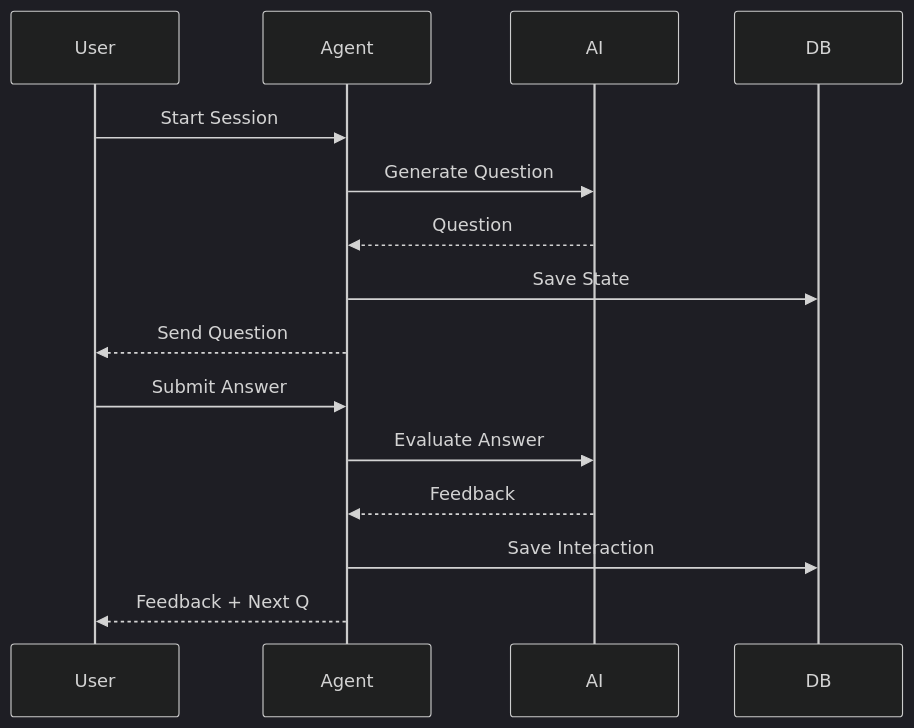
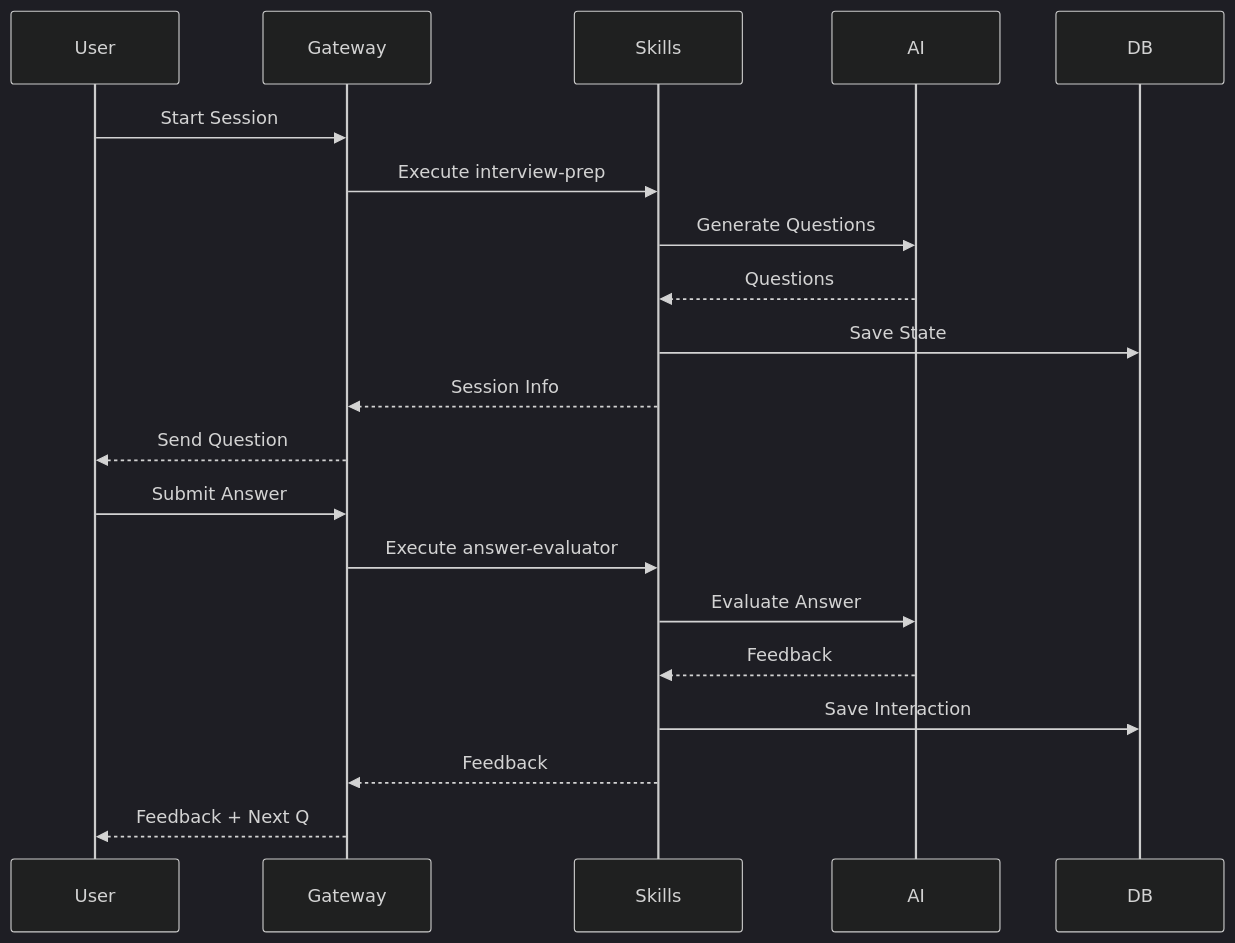
One commit to xuanyiying/IntervAI changed the seventh of 9 diagrams in docs/architecture/system-architecture.md. Above: the diagram before and after it, drawn with Mermaid (dark theme). The commit also changed other lines of this file and 284 other files, not shown here.

````diff
--- a/docs/architecture/system-architecture.md
+++ b/docs/architecture/system-architecture.md
@@ -110,19 +208,24 @@
 ```mermaid
 sequenceDiagram
     participant User
-    participant Agent
+    participant Gateway
+    participant Skills
     participant AI
     participant DB
 
-    User->>Agent: Start Session
-    Agent->>AI: Generate Question
-    AI-->>Agent: Question
-    Agent->>DB: Save State
-    Agent-->>User: Send Question
+    User->>Gateway: Start Session
+    Gateway->>Skills: Execute interview-prep
+    Skills->>AI: Generate Questions
+    AI-->>Skills: Questions
+    Skills->>DB: Save State
+    Skills-->>Gateway: Session Info
+    Gateway-->>User: Send Question
 
-    User->>Agent: Submit Answer
-    Agent->>AI: Evaluate Answer
-    AI-->>Agent: Feedback
-    Agent->>DB: Save Interaction
-    Agent-->>User: Feedback + Next Q
+    User->>Gateway: Submit Answer
+    Gateway->>Skills: Execute answer-evaluator
+    Skills->>AI: Evaluate Answer
+    AI-->>Skills: Feedback
+    Skills->>DB: Save Interaction
+    Skills-->>Gateway: Feedback
+    Gateway-->>User: Feedback + Next Q
 ```
````
